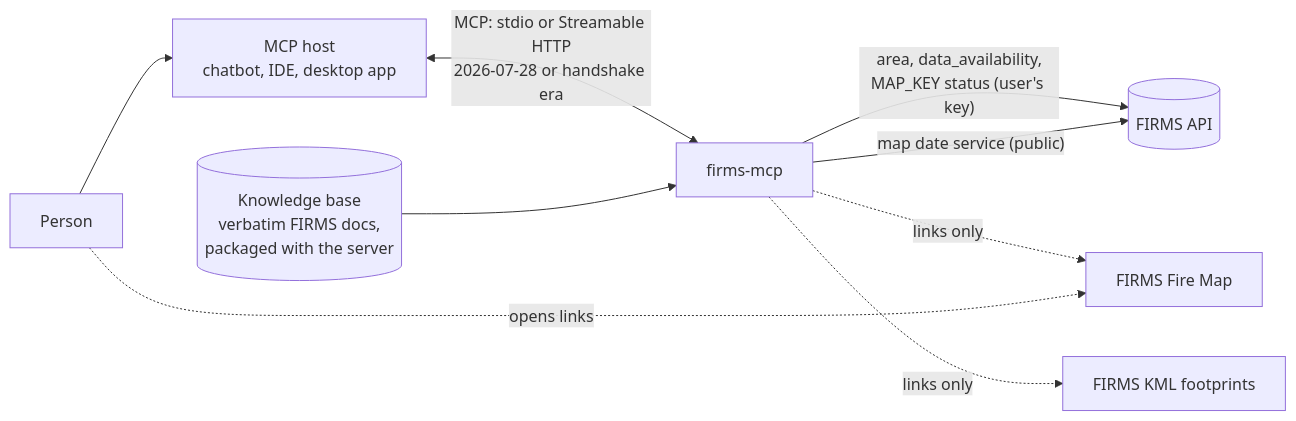
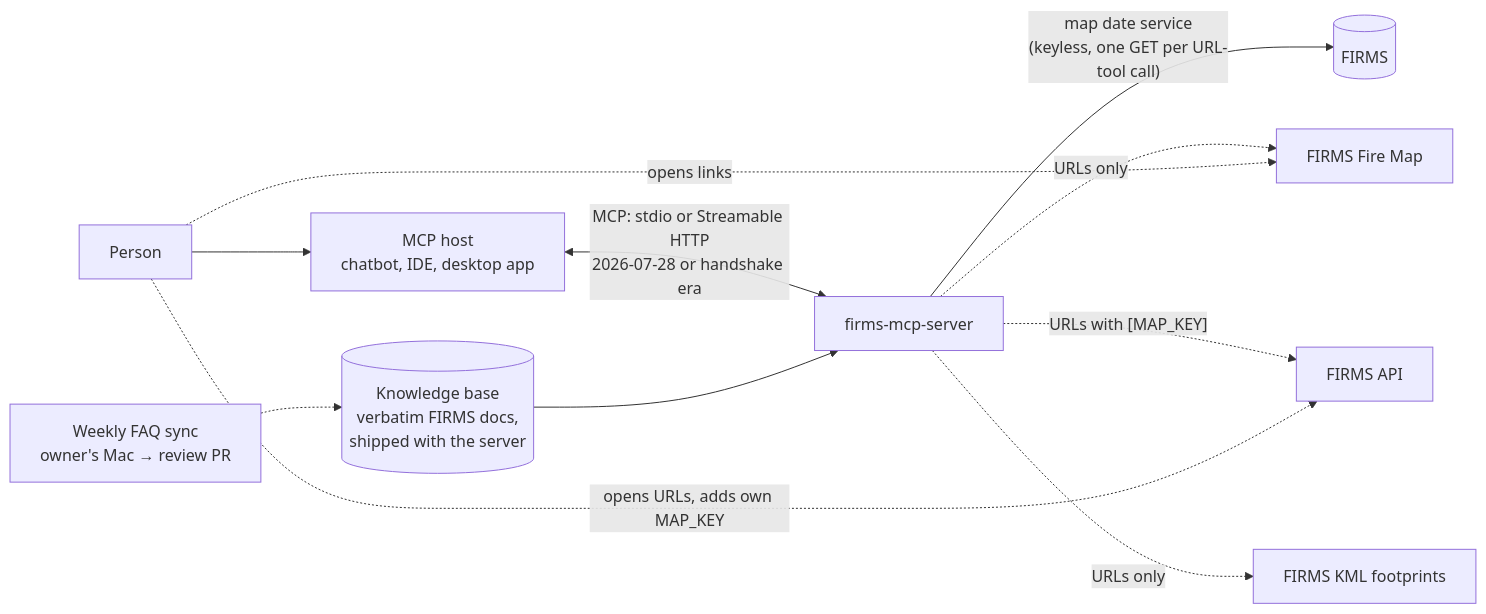
The diagram in docs/design/ARCHITECTURE.md (mendesdyl/firms-mcp), drawn with Mermaid before and after one commit. The commit also changed other lines of this file and 15 other files, not shown here.

````diff
--- a/docs/design/ARCHITECTURE.md
+++ b/docs/design/ARCHITECTURE.md
@@ -10,11 +13,13 @@
 ```mermaid
 flowchart LR
     U[Person] --> H[MCP host<br/>chatbot, IDE, desktop app]
-    H <-->|"MCP: stdio or Streamable HTTP<br/>2026-07-28 or handshake era"| S[firms-mcp]
-    S -->|"area, data_availability,<br/>MAP_KEY status (user's key)"| F[(FIRMS API)]
-    S -->|"map date service (public)"| F
-    S -.->|"links only"| M[FIRMS Fire Map]
-    S -.->|"links only"| K[FIRMS KML footprints]
+    H <-->|"MCP: stdio or Streamable HTTP<br/>2026-07-28 or handshake era"| S[firms-mcp-server]
+    S -->|"map date service<br/>(keyless, one GET per URL-tool call)"| F[(FIRMS)]
+    S -.->|"URLs only"| M[FIRMS Fire Map]
+    S -.->|"URLs with [MAP_KEY]"| A[FIRMS API]
+    S -.->|"URLs only"| K[FIRMS KML footprints]
+    U -.->|"opens URLs, adds own MAP_KEY"| A
     U -.->|"opens links"| M
-    KB[(Knowledge base<br/>verbatim FIRMS docs,<br/>packaged with the server)] --> S
+    KB[(Knowledge base<br/>verbatim FIRMS docs,<br/>shipped with the server)] --> S
+    W[Weekly FAQ sync<br/>owner's Mac → review PR] -.-> KB
 ```
````
